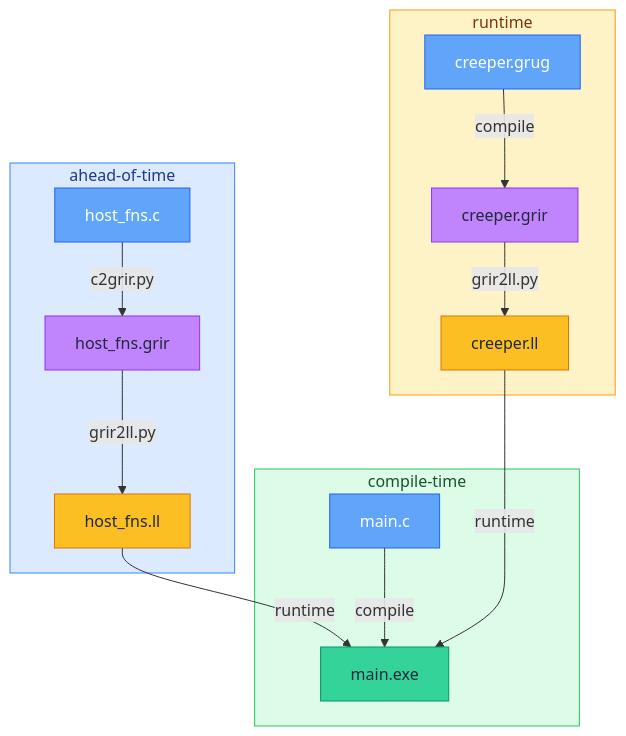
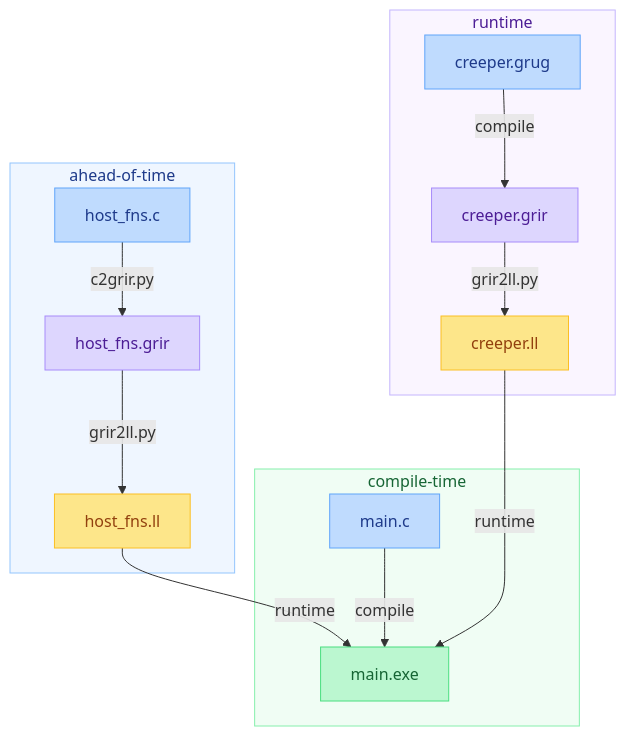
The diagram in README.md (grug-lang/grug-ir), drawn with Mermaid before and after one commit.

Commit message:
docs: improve mermaid colors

````diff
--- a/README.md
+++ b/README.md
@@ -7,25 +7,23 @@
 ```mermaid
 graph TD
-    classDef source fill:#60a5fa,stroke:#2563eb,color:#fff
-    classDef grir   fill:#c084fc,stroke:#9333ea,color:#1f2937
-    classDef llir   fill:#fbbf24,stroke:#d97706,color:#1f2937
-    classDef binary fill:#34d399,stroke:#059669,color:#1f2937
-
+    classDef source fill:#bfdbfe,stroke:#60a5fa,color:#1e3a8a
+    classDef grir   fill:#ddd6fe,stroke:#a78bfa,color:#4c1d95
+    classDef llir   fill:#fde68a,stroke:#fbbf24,color:#92400e
+    classDef binary fill:#bbf7d0,stroke:#4ade80,color:#166534
     subgraph rt[runtime]
         H[creeper.grug]:::source -->|compile| I[creeper.grir]:::grir
         I -->|grir2ll.py| J[creeper.ll]:::llir
     end
     subgraph aot[ahead-of-time]
         A[host_fns.c]:::source -->|c2grir.py| B[host_fns.grir]:::grir
         B -->|grir2ll.py| C[host_fns.ll]:::llir
     end
     subgraph ct[compile-time]
         D[main.c]:::source -->|compile| G[main.exe]:::binary
     end
     H ~~~ A
     C & J -->|runtime| G
-
-    style aot fill:#dbeafe,stroke:#3b82f6,color:#1e3a8a
-    style ct  fill:#dcfce7,stroke:#22c55e,color:#14532d
-    style rt  fill:#fef3c7,stroke:#f59e0b,color:#78350f
+    style aot fill:#eff6ff,stroke:#93c5fd,color:#1e3a8a
+    style rt  fill:#faf5ff,stroke:#c4b5fd,color:#4c1d95
+    style ct  fill:#f0fdf4,stroke:#86efac,color:#166534
 ```
````
